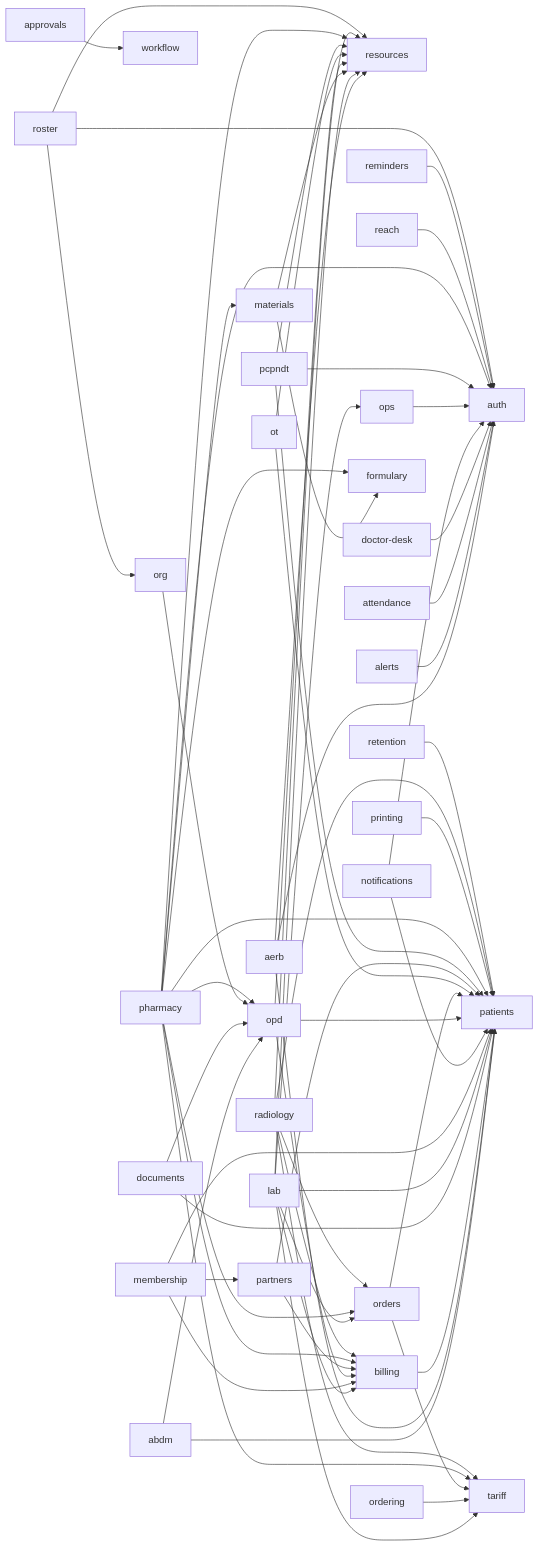
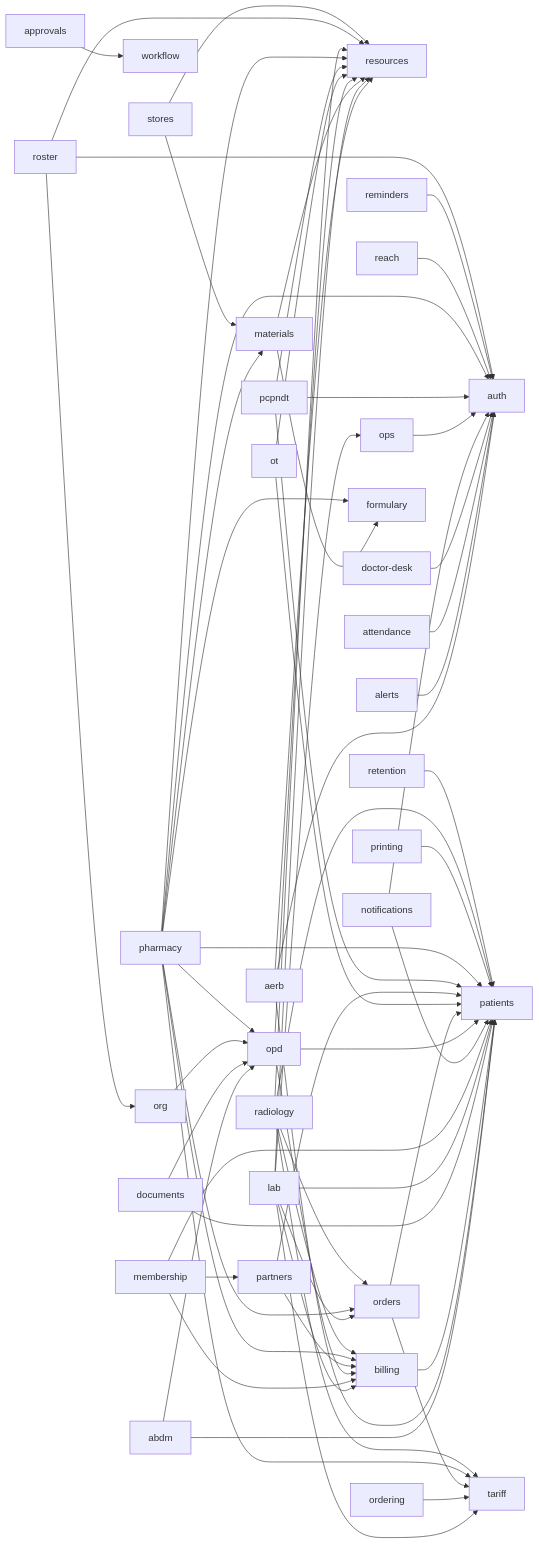
One commit to ankits3a/hims-hmis changed the diagram in docs/architecture/schema.md. Above: the diagram before and after it, drawn with Mermaid. The commit also changed other lines of this file and 5 other files, not shown here.

First line of the commit message:
docs(stores): regenerate the architecture map; spec #1111 status built

````diff
--- a/docs/architecture/schema.md
+++ b/docs/architecture/schema.md
@@ -13,64 +13,66 @@
 ```mermaid
 flowchart LR
   abdm[abdm] --> opd[opd]
   abdm[abdm] --> patients[patients]
   aerb[aerb] --> auth[auth]
   aerb[aerb] --> patients[patients]
   aerb[aerb] --> resources[resources]
   alerts[alerts] --> auth[auth]
   approvals[approvals] --> workflow[workflow]
   attendance[attendance] --> auth[auth]
   billing[billing] --> patients[patients]
   doctor_desk[doctor-desk] --> auth[auth]
   documents[documents] --> opd[opd]
   documents[documents] --> patients[patients]
   lab[lab] --> billing[billing]
   lab[lab] --> ops[ops]
   lab[lab] --> orders[orders]
   lab[lab] --> patients[patients]
   lab[lab] --> resources[resources]
   lab[lab] --> tariff[tariff]
   materials[materials] --> formulary[formulary]
   materials[materials] --> resources[resources]
   membership[membership] --> billing[billing]
   membership[membership] --> partners[partners]
   membership[membership] --> patients[patients]
   notifications[notifications] --> auth[auth]
   notifications[notifications] --> patients[patients]
   opd[opd] --> billing[billing]
   opd[opd] --> patients[patients]
   opd[opd] --> resources[resources]
   ops[ops] --> auth[auth]
   ordering[ordering] --> tariff[tariff]
   orders[orders] --> patients[patients]
   orders[orders] --> tariff[tariff]
   org[org] --> opd[opd]
   ot[ot] --> patients[patients]
   ot[ot] --> resources[resources]
   partners[partners] --> billing[billing]
   partners[partners] --> patients[patients]
   pcpndt[pcpndt] --> auth[auth]
   pcpndt[pcpndt] --> patients[patients]
   pcpndt[pcpndt] --> resources[resources]
   pharmacy[pharmacy] --> auth[auth]
   pharmacy[pharmacy] --> billing[billing]
   pharmacy[pharmacy] --> formulary[formulary]
   pharmacy[pharmacy] --> materials[materials]
   pharmacy[pharmacy] --> opd[opd]
   pharmacy[pharmacy] --> orders[orders]
   pharmacy[pharmacy] --> patients[patients]
   pharmacy[pharmacy] --> resources[resources]
   pharmacy[pharmacy] --> tariff[tariff]
   printing[printing] --> patients[patients]
   radiology[radiology] --> billing[billing]
   radiology[radiology] --> orders[orders]
   radiology[radiology] --> patients[patients]
   radiology[radiology] --> resources[resources]
   radiology[radiology] --> tariff[tariff]
   reach[reach] --> auth[auth]
   reminders[reminders] --> auth[auth]
   retention[retention] --> patients[patients]
   roster[roster] --> auth[auth]
   roster[roster] --> org[org]
   roster[roster] --> resources[resources]
+  stores[stores] --> materials[materials]
+  stores[stores] --> resources[resources]
 ```
````
